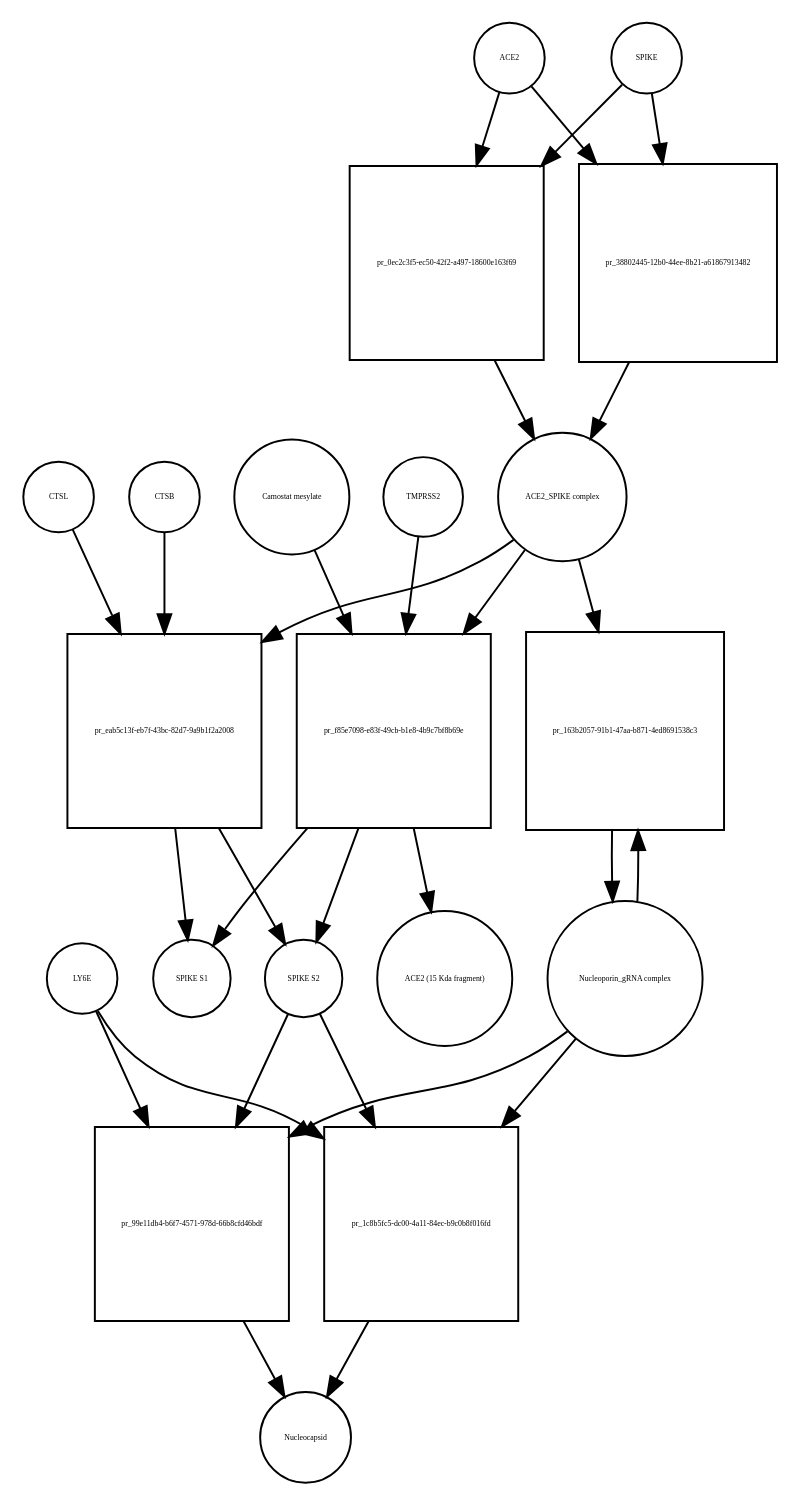
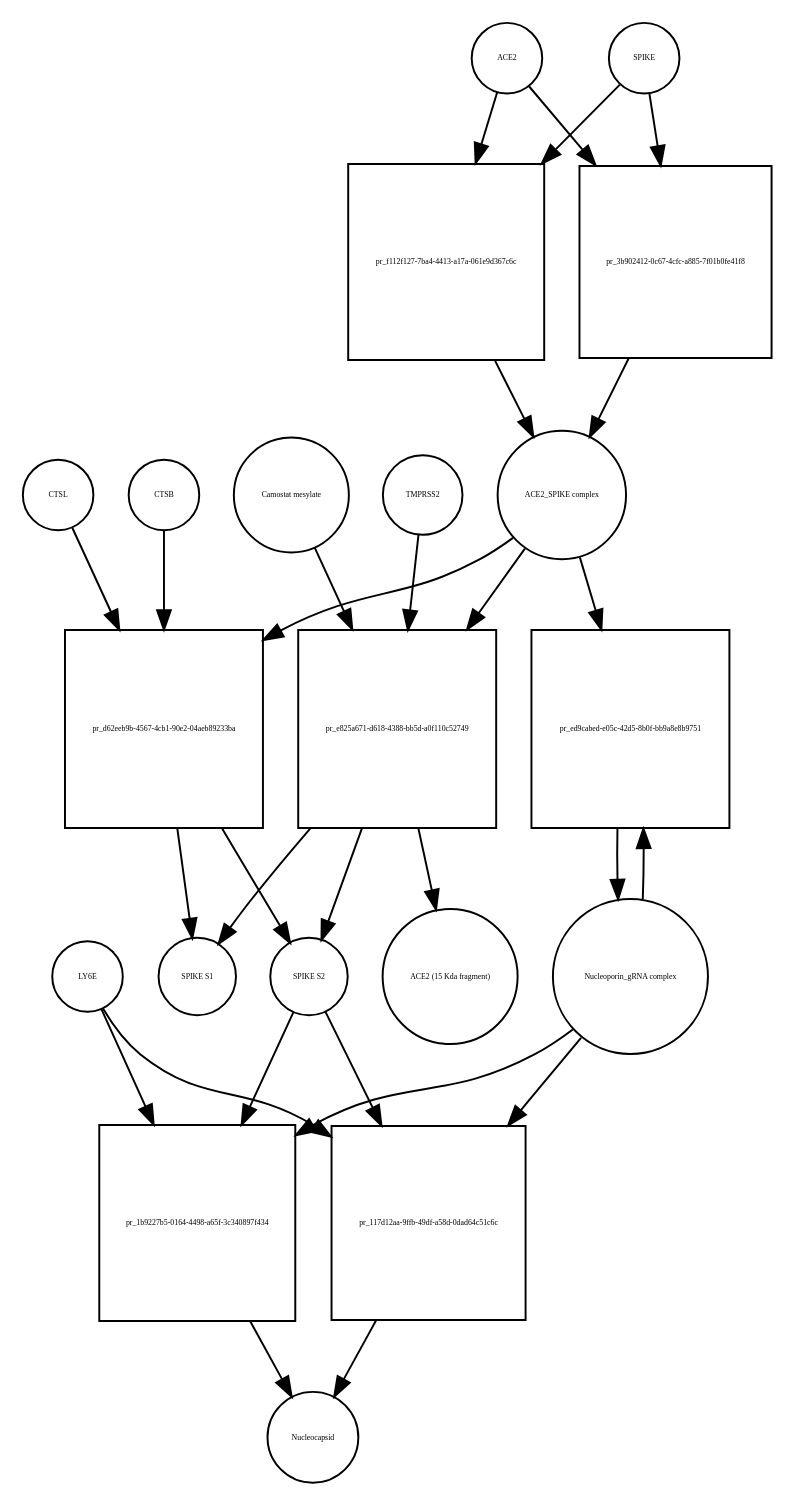
One commit to cannin/covid19-sbgn changed the diagram in Virus_replication_cycle_V01.xml_bipartite.dot. Above: the diagram before and after it, drawn with Graphviz. The commit also changed 564 other files, not shown here.

```diff
--- a/Virus_replication_cycle_V01.xml_bipartite.dot
+++ b/Virus_replication_cycle_V01.xml_bipartite.dot
@@ -1,50 +1,50 @@
 strict digraph  {
 ACE2 [annotation="", bipartite=0, cls=macromolecule, fontsize=4, label=ACE2, shape=circle];
-"pr_0ec2c3f5-ec50-42f2-a497-18600e163f69" [annotation="", bipartite=1, cls=process, fontsize=4, label="pr_0ec2c3f5-ec50-42f2-a497-18600e163f69", shape=square];
+"pr_f112f127-7ba4-4413-a17a-061e9d367c6c" [annotation="", bipartite=1, cls=process, fontsize=4, label="pr_f112f127-7ba4-4413-a17a-061e9d367c6c", shape=square];
 "ACE2_SPIKE complex" [annotation="", bipartite=0, cls=complex, fontsize=4, label="ACE2_SPIKE complex", shape=circle];
 SPIKE [annotation="", bipartite=0, cls="macromolecule multimer", fontsize=4, label=SPIKE, shape=circle];
 "Nucleoporin_gRNA complex " [annotation="", bipartite=0, cls=complex, fontsize=4, label="Nucleoporin_gRNA complex ", shape=circle];
-"pr_163b2057-91b1-47aa-b871-4ed8691538c3" [annotation="", bipartite=1, cls=process, fontsize=4, label="pr_163b2057-91b1-47aa-b871-4ed8691538c3", shape=square];
-"pr_eab5c13f-eb7f-43bc-82d7-9a9b1f2a2008" [annotation="", bipartite=1, cls=process, fontsize=4, label="pr_eab5c13f-eb7f-43bc-82d7-9a9b1f2a2008", shape=square];
+"pr_ed9cabed-e05c-42d5-8b0f-bb9a8e8b9751" [annotation="", bipartite=1, cls=process, fontsize=4, label="pr_ed9cabed-e05c-42d5-8b0f-bb9a8e8b9751", shape=square];
+"pr_d62eeb9b-4567-4cb1-90e2-04aeb89233ba" [annotation="", bipartite=1, cls=process, fontsize=4, label="pr_d62eeb9b-4567-4cb1-90e2-04aeb89233ba", shape=square];
 "SPIKE S2" [annotation="", bipartite=0, cls=macromolecule, fontsize=4, label="SPIKE S2", shape=circle];
 CTSB [annotation="", bipartite=0, cls=macromolecule, fontsize=4, label=CTSB, shape=circle];
 CTSL [annotation="", bipartite=0, cls=macromolecule, fontsize=4, label=CTSL, shape=circle];
 "SPIKE S1" [annotation="", bipartite=0, cls=macromolecule, fontsize=4, label="SPIKE S1", shape=circle];
-"pr_99e11db4-b6f7-4571-978d-66b8cfd46bdf" [annotation="", bipartite=1, cls=process, fontsize=4, label="pr_99e11db4-b6f7-4571-978d-66b8cfd46bdf", shape=square];
+"pr_1b9227b5-0164-4498-a65f-3c340897f434" [annotation="", bipartite=1, cls=process, fontsize=4, label="pr_1b9227b5-0164-4498-a65f-3c340897f434", shape=square];
 Nucleocapsid [annotation="", bipartite=0, cls=complex, fontsize=4, label=Nucleocapsid, shape=circle];
 LY6E [annotation="", bipartite=0, cls=macromolecule, fontsize=4, label=LY6E, shape=circle];
-"pr_f85e7098-e83f-49cb-b1e8-4b9c7bf8b69e" [annotation="", bipartite=1, cls=process, fontsize=4, label="pr_f85e7098-e83f-49cb-b1e8-4b9c7bf8b69e", shape=square];
+"pr_e825a671-d618-4388-bb5d-a0f110c52749" [annotation="", bipartite=1, cls=process, fontsize=4, label="pr_e825a671-d618-4388-bb5d-a0f110c52749", shape=square];
 TMPRSS2 [annotation="", bipartite=0, cls=macromolecule, fontsize=4, label=TMPRSS2, shape=circle];
 "Camostat mesylate" [annotation="urn_miriam_pubchem.compound_2536", bipartite=0, cls="simple chemical", fontsize=4, label="Camostat mesylate", shape=circle];
 "ACE2 (15 Kda fragment)" [annotation="", bipartite=0, cls=macromolecule, fontsize=4, label="ACE2 (15 Kda fragment)", shape=circle];
-"pr_38802445-12b0-44ee-8b21-a61867913482" [annotation="", bipartite=1, cls=process, fontsize=4, label="pr_38802445-12b0-44ee-8b21-a61867913482", shape=square];
-"pr_1c8b5fc5-dc00-4a11-84ec-b9c0b8f016fd" [annotation="", bipartite=1, cls=process, fontsize=4, label="pr_1c8b5fc5-dc00-4a11-84ec-b9c0b8f016fd", shape=square];
-ACE2 -> "pr_0ec2c3f5-ec50-42f2-a497-18600e163f69"  [annotation="", interaction_type=consumption];
-ACE2 -> "pr_38802445-12b0-44ee-8b21-a61867913482"  [annotation="", interaction_type=consumption];
-"pr_0ec2c3f5-ec50-42f2-a497-18600e163f69" -> "ACE2_SPIKE complex"  [annotation="", interaction_type=production];
-"ACE2_SPIKE complex" -> "pr_163b2057-91b1-47aa-b871-4ed8691538c3"  [annotation="urn_miriam_pubmed_32142651|urn_miriam_pubmed_32094589", interaction_type=stimulation];
-"ACE2_SPIKE complex" -> "pr_eab5c13f-eb7f-43bc-82d7-9a9b1f2a2008"  [annotation="", interaction_type=consumption];
-"ACE2_SPIKE complex" -> "pr_f85e7098-e83f-49cb-b1e8-4b9c7bf8b69e"  [annotation="", interaction_type=consumption];
-SPIKE -> "pr_0ec2c3f5-ec50-42f2-a497-18600e163f69"  [annotation="", interaction_type=consumption];
-SPIKE -> "pr_38802445-12b0-44ee-8b21-a61867913482"  [annotation="", interaction_type=consumption];
-"Nucleoporin_gRNA complex " -> "pr_163b2057-91b1-47aa-b871-4ed8691538c3"  [annotation="", interaction_type=consumption];
-"Nucleoporin_gRNA complex " -> "pr_99e11db4-b6f7-4571-978d-66b8cfd46bdf"  [annotation="", interaction_type=consumption];
-"Nucleoporin_gRNA complex " -> "pr_1c8b5fc5-dc00-4a11-84ec-b9c0b8f016fd"  [annotation="", interaction_type=consumption];
-"pr_163b2057-91b1-47aa-b871-4ed8691538c3" -> "Nucleoporin_gRNA complex "  [annotation="", interaction_type=production];
-"pr_eab5c13f-eb7f-43bc-82d7-9a9b1f2a2008" -> "SPIKE S2"  [annotation="", interaction_type=production];
-"pr_eab5c13f-eb7f-43bc-82d7-9a9b1f2a2008" -> "SPIKE S1"  [annotation="", interaction_type=production];
-"SPIKE S2" -> "pr_99e11db4-b6f7-4571-978d-66b8cfd46bdf"  [annotation="urn_miriam_doi_10.1101%2F2020.03.05.979260|urn_miriam_pubmed_32142651|urn_miriam_pubmed_32094589", interaction_type=stimulation];
-"SPIKE S2" -> "pr_1c8b5fc5-dc00-4a11-84ec-b9c0b8f016fd"  [annotation="urn_miriam_doi_10.1101%2F2020.03.05.979260", interaction_type=stimulation];
-CTSB -> "pr_eab5c13f-eb7f-43bc-82d7-9a9b1f2a2008"  [annotation=urn_miriam_pubmed_32142651, interaction_type=catalysis];
-CTSL -> "pr_eab5c13f-eb7f-43bc-82d7-9a9b1f2a2008"  [annotation=urn_miriam_pubmed_32142651, interaction_type=catalysis];
-"pr_99e11db4-b6f7-4571-978d-66b8cfd46bdf" -> Nucleocapsid  [annotation="", interaction_type=production];
-LY6E -> "pr_99e11db4-b6f7-4571-978d-66b8cfd46bdf"  [annotation="urn_miriam_doi_10.1101%2F2020.03.05.979260|urn_miriam_pubmed_32142651|urn_miriam_pubmed_32094589", interaction_type=inhibition];
-LY6E -> "pr_1c8b5fc5-dc00-4a11-84ec-b9c0b8f016fd"  [annotation="urn_miriam_doi_10.1101%2F2020.03.05.979260", interaction_type=inhibition];
-"pr_f85e7098-e83f-49cb-b1e8-4b9c7bf8b69e" -> "SPIKE S2"  [annotation="", interaction_type=production];
-"pr_f85e7098-e83f-49cb-b1e8-4b9c7bf8b69e" -> "SPIKE S1"  [annotation="", interaction_type=production];
-"pr_f85e7098-e83f-49cb-b1e8-4b9c7bf8b69e" -> "ACE2 (15 Kda fragment)"  [annotation="", interaction_type=production];
-TMPRSS2 -> "pr_f85e7098-e83f-49cb-b1e8-4b9c7bf8b69e"  [annotation="urn_miriam_pubmed_32142651|urn_miriam_pubmed_32094589|urn_miriam_pubmed_24227843", interaction_type=catalysis];
-"Camostat mesylate" -> "pr_f85e7098-e83f-49cb-b1e8-4b9c7bf8b69e"  [annotation="urn_miriam_pubmed_32142651|urn_miriam_pubmed_32094589|urn_miriam_pubmed_24227843", interaction_type=inhibition];
-"pr_38802445-12b0-44ee-8b21-a61867913482" -> "ACE2_SPIKE complex"  [annotation="", interaction_type=production];
-"pr_1c8b5fc5-dc00-4a11-84ec-b9c0b8f016fd" -> Nucleocapsid  [annotation="", interaction_type=production];
+"pr_3b902412-0c67-4cfc-a885-7f01b0fe41f8" [annotation="", bipartite=1, cls=process, fontsize=4, label="pr_3b902412-0c67-4cfc-a885-7f01b0fe41f8", shape=square];
+"pr_117d12aa-9ffb-49df-a58d-0dad64c51c6c" [annotation="", bipartite=1, cls=process, fontsize=4, label="pr_117d12aa-9ffb-49df-a58d-0dad64c51c6c", shape=square];
+ACE2 -> "pr_f112f127-7ba4-4413-a17a-061e9d367c6c"  [annotation="", interaction_type=consumption];
+ACE2 -> "pr_3b902412-0c67-4cfc-a885-7f01b0fe41f8"  [annotation="", interaction_type=consumption];
+"pr_f112f127-7ba4-4413-a17a-061e9d367c6c" -> "ACE2_SPIKE complex"  [annotation="", interaction_type=production];
+"ACE2_SPIKE complex" -> "pr_ed9cabed-e05c-42d5-8b0f-bb9a8e8b9751"  [annotation="urn_miriam_pubmed_32142651|urn_miriam_pubmed_32094589", interaction_type=stimulation];
+"ACE2_SPIKE complex" -> "pr_d62eeb9b-4567-4cb1-90e2-04aeb89233ba"  [annotation="", interaction_type=consumption];
+"ACE2_SPIKE complex" -> "pr_e825a671-d618-4388-bb5d-a0f110c52749"  [annotation="", interaction_type=consumption];
+SPIKE -> "pr_f112f127-7ba4-4413-a17a-061e9d367c6c"  [annotation="", interaction_type=consumption];
+SPIKE -> "pr_3b902412-0c67-4cfc-a885-7f01b0fe41f8"  [annotation="", interaction_type=consumption];
+"Nucleoporin_gRNA complex " -> "pr_ed9cabed-e05c-42d5-8b0f-bb9a8e8b9751"  [annotation="", interaction_type=consumption];
+"Nucleoporin_gRNA complex " -> "pr_1b9227b5-0164-4498-a65f-3c340897f434"  [annotation="", interaction_type=consumption];
+"Nucleoporin_gRNA complex " -> "pr_117d12aa-9ffb-49df-a58d-0dad64c51c6c"  [annotation="", interaction_type=consumption];
+"pr_ed9cabed-e05c-42d5-8b0f-bb9a8e8b9751" -> "Nucleoporin_gRNA complex "  [annotation="", interaction_type=production];
+"pr_d62eeb9b-4567-4cb1-90e2-04aeb89233ba" -> "SPIKE S2"  [annotation="", interaction_type=production];
+"pr_d62eeb9b-4567-4cb1-90e2-04aeb89233ba" -> "SPIKE S1"  [annotation="", interaction_type=production];
+"SPIKE S2" -> "pr_1b9227b5-0164-4498-a65f-3c340897f434"  [annotation="urn_miriam_doi_10.1101%2F2020.03.05.979260|urn_miriam_pubmed_32142651|urn_miriam_pubmed_32094589", interaction_type=stimulation];
+"SPIKE S2" -> "pr_117d12aa-9ffb-49df-a58d-0dad64c51c6c"  [annotation="urn_miriam_doi_10.1101%2F2020.03.05.979260", interaction_type=stimulation];
+CTSB -> "pr_d62eeb9b-4567-4cb1-90e2-04aeb89233ba"  [annotation=urn_miriam_pubmed_32142651, interaction_type=catalysis];
+CTSL -> "pr_d62eeb9b-4567-4cb1-90e2-04aeb89233ba"  [annotation=urn_miriam_pubmed_32142651, interaction_type=catalysis];
+"pr_1b9227b5-0164-4498-a65f-3c340897f434" -> Nucleocapsid  [annotation="", interaction_type=production];
+LY6E -> "pr_1b9227b5-0164-4498-a65f-3c340897f434"  [annotation="urn_miriam_doi_10.1101%2F2020.03.05.979260|urn_miriam_pubmed_32142651|urn_miriam_pubmed_32094589", interaction_type=inhibition];
+LY6E -> "pr_117d12aa-9ffb-49df-a58d-0dad64c51c6c"  [annotation="urn_miriam_doi_10.1101%2F2020.03.05.979260", interaction_type=inhibition];
+"pr_e825a671-d618-4388-bb5d-a0f110c52749" -> "SPIKE S2"  [annotation="", interaction_type=production];
+"pr_e825a671-d618-4388-bb5d-a0f110c52749" -> "SPIKE S1"  [annotation="", interaction_type=production];
+"pr_e825a671-d618-4388-bb5d-a0f110c52749" -> "ACE2 (15 Kda fragment)"  [annotation="", interaction_type=production];
+TMPRSS2 -> "pr_e825a671-d618-4388-bb5d-a0f110c52749"  [annotation="urn_miriam_pubmed_32142651|urn_miriam_pubmed_32094589|urn_miriam_pubmed_24227843", interaction_type=catalysis];
+"Camostat mesylate" -> "pr_e825a671-d618-4388-bb5d-a0f110c52749"  [annotation="urn_miriam_pubmed_32142651|urn_miriam_pubmed_32094589|urn_miriam_pubmed_24227843", interaction_type=inhibition];
+"pr_3b902412-0c67-4cfc-a885-7f01b0fe41f8" -> "ACE2_SPIKE complex"  [annotation="", interaction_type=production];
+"pr_117d12aa-9ffb-49df-a58d-0dad64c51c6c" -> Nucleocapsid  [annotation="", interaction_type=production];
 }
```
